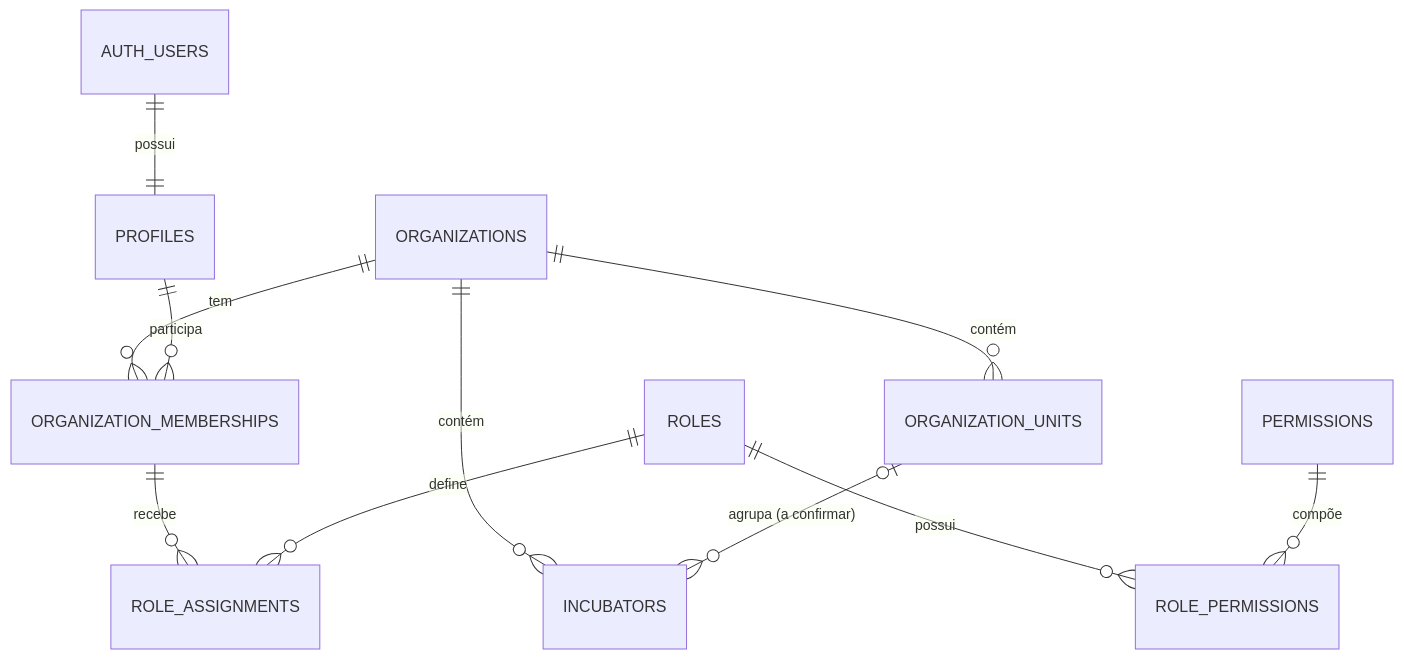
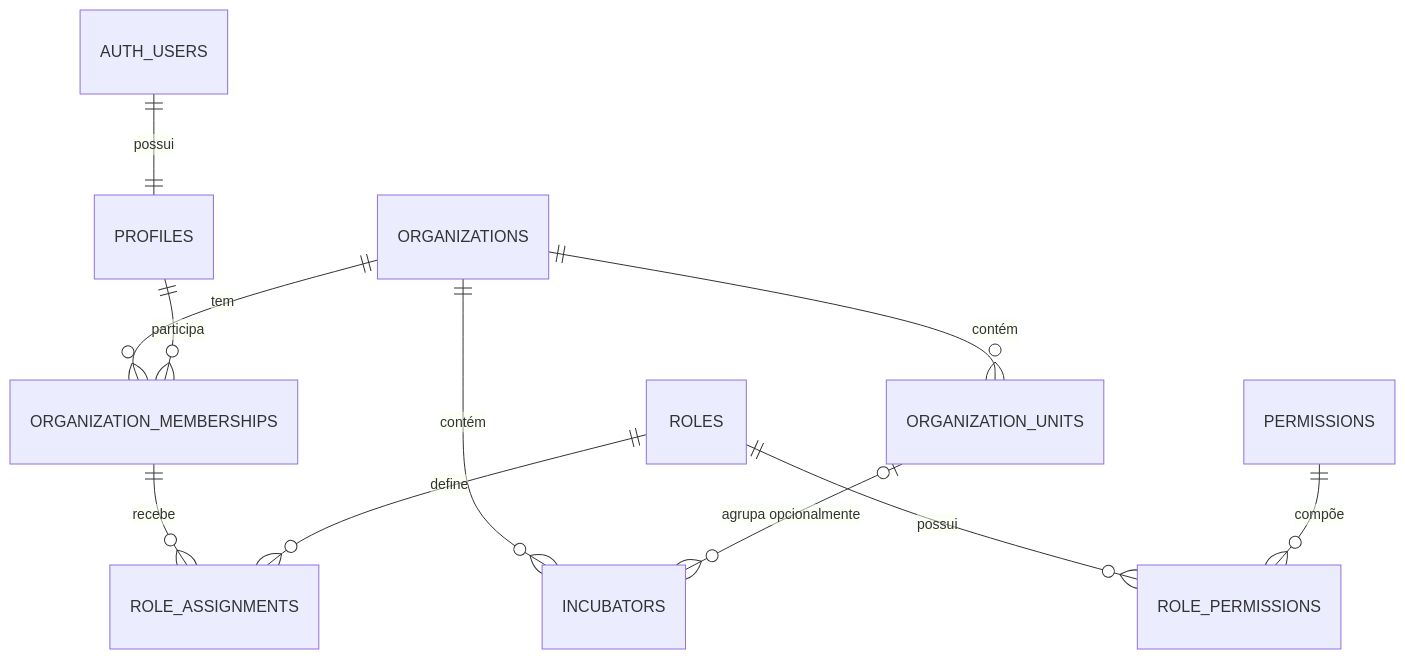
The second of 2 diagrams in docs/ARCHITECTURE.md (marceloanderson88/Proodos), drawn with Mermaid before and after one commit. The commit also changed other lines of this file and 21 other files, not shown here.

````diff
--- a/docs/ARCHITECTURE.md
+++ b/docs/ARCHITECTURE.md
@@ -153,13 +153,13 @@
 ```mermaid
 erDiagram
   AUTH_USERS ||--|| PROFILES : "possui"
   ORGANIZATIONS ||--o{ ORGANIZATION_MEMBERSHIPS : "tem"
   PROFILES ||--o{ ORGANIZATION_MEMBERSHIPS : "participa"
   ORGANIZATIONS ||--o{ ORGANIZATION_UNITS : "contém"
   ORGANIZATIONS ||--o{ INCUBATORS : "contém"
-  ORGANIZATION_UNITS o|--o{ INCUBATORS : "agrupa (a confirmar)"
+  ORGANIZATION_UNITS o|--o{ INCUBATORS : "agrupa opcionalmente"
   ORGANIZATION_MEMBERSHIPS ||--o{ ROLE_ASSIGNMENTS : "recebe"
   ROLES ||--o{ ROLE_ASSIGNMENTS : "define"
   ROLES ||--o{ ROLE_PERMISSIONS : "possui"
   PERMISSIONS ||--o{ ROLE_PERMISSIONS : "compõe"
 ```
````
